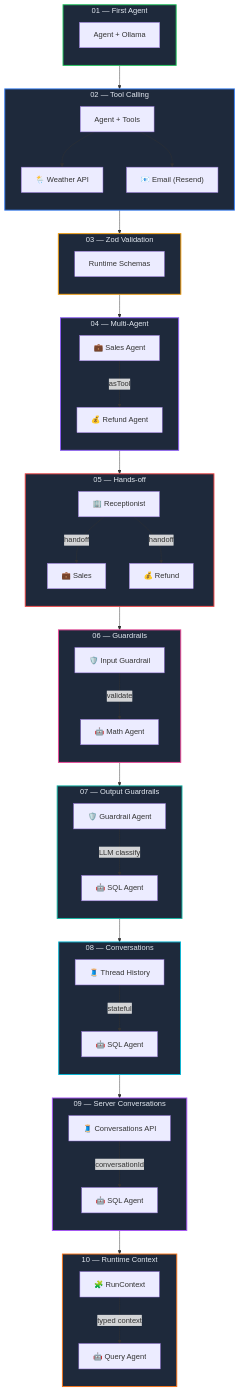
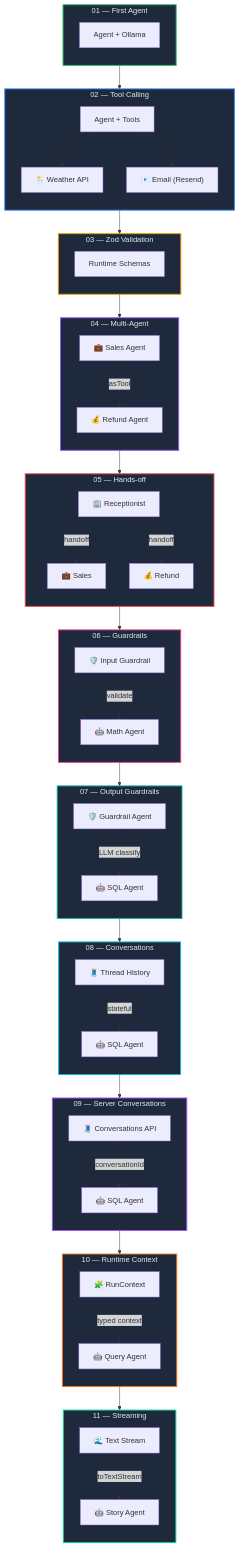
One commit to SanidhyaGupta-10/GenerativeAI-MasterClass-with-JS-TS changed the second of 2 diagrams in 2. Advance-GenAI/12. OpenAI-Agent-SDK-Series/README.md. Above: the diagram before and after it, drawn with Mermaid. The commit also changed other lines of this file, not shown here.

Commit message:
docs: add README covering the OpenAI Agent SDK tutorial series roadmap and chapters

````diff
--- a/2. Advance-GenAI/12. OpenAI-Agent-SDK-Series/README.md
+++ b/2. Advance-GenAI/12. OpenAI-Agent-SDK-Series/README.md
@@ -407,7 +440,14 @@
         C10C -->|typed context| C10A
     end
 
-    CH01 --> CH02 --> CH03 --> CH04 --> CH05 --> CH06 --> CH07 --> CH08 --> CH09 --> CH10
+    subgraph CH11["11 — Streaming"]
+        direction TB
+        C11S["🌊 Text Stream"]
+        C11A["🤖 Story Agent"]
+        C11S -->|toTextStream| C11A
+    end
+
+    CH01 --> CH02 --> CH03 --> CH04 --> CH05 --> CH06 --> CH07 --> CH08 --> CH09 --> CH10 --> CH11
 
     style CH01 fill:#1e293b,stroke:#22c55e,stroke-width:2px,color:#e2e8f0
     style CH02 fill:#1e293b,stroke:#3b82f6,stroke-width:2px,color:#e2e8f0
@@ -419,4 +459,5 @@
     style CH08 fill:#1e293b,stroke:#06b6d4,stroke-width:2px,color:#e2e8f0
     style CH09 fill:#1e293b,stroke:#a855f7,stroke-width:2px,color:#e2e8f0
     style CH10 fill:#1e293b,stroke:#f97316,stroke-width:2px,color:#e2e8f0
+    style CH11 fill:#1e293b,stroke:#06d6a0,stroke-width:2px,color:#e2e8f0
 ```
````
